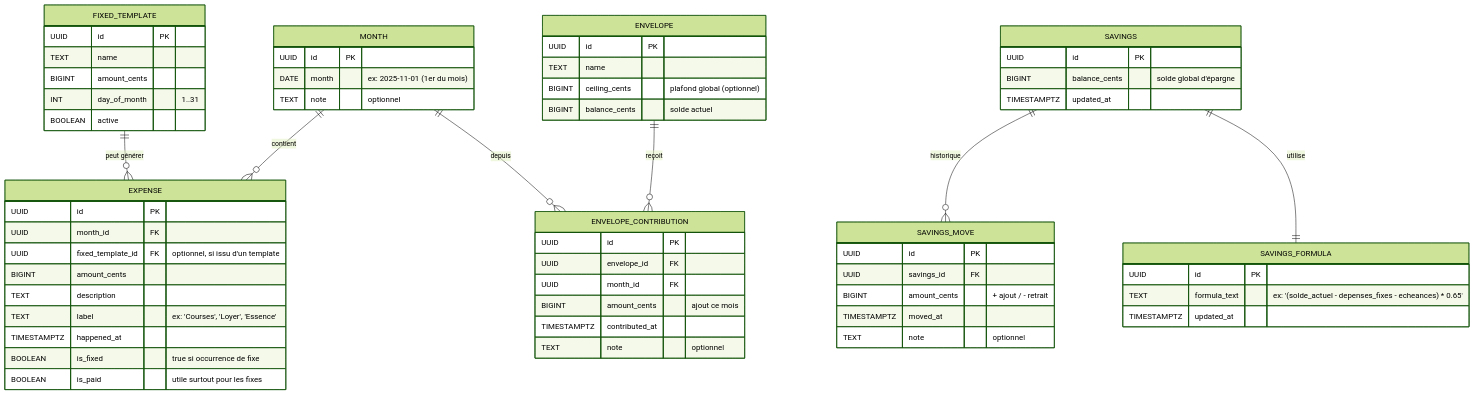
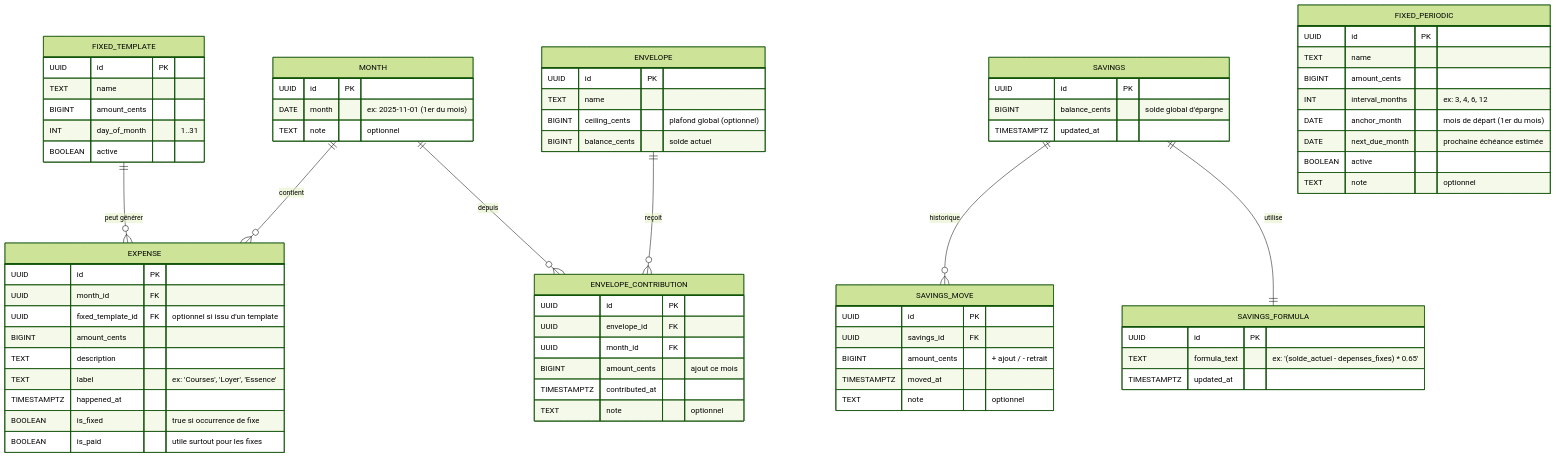
The diagram in .cursor/rules/mermaid.mmd (sabanyilmaz1/budget-app), drawn with Mermaid (forest theme) before and after one commit. The commit also changed 6 other files, not shown here.

```diff
--- a/.cursor/rules/mermaid.mmd
+++ b/.cursor/rules/mermaid.mmd
@@ -1,91 +1,108 @@
 erDiagram
 
-%% =========================
-%% Périodes
-%% =========================
-MONTH {
-UUID id PK
-DATE month "ex: 2025-11-01 (1er du mois)"
-TEXT note "optionnel"
-}
+  %% =========================
+  %% Périodes
+  %% =========================
+  MONTH {
+    UUID id PK
+    DATE month          "ex: 2025-11-01 (1er du mois)"
+    TEXT note           "optionnel"
+  }
 
-%% =========================
-%% Dépenses fixes (modèles) -> EXPENSE (is_fixed=true)
-%% =========================
-FIXED_TEMPLATE {
-UUID id PK
-TEXT name
-BIGINT amount_cents
-INT day_of_month "1..31"
-BOOLEAN active
-}
+  %% =========================
+  %% Dépenses fixes (modèles) -> EXPENSE (is_fixed=true)
+  %% =========================
+  FIXED_TEMPLATE {
+    UUID id PK
+    TEXT name
+    BIGINT amount_cents
+    INT day_of_month     "1..31"
+    BOOLEAN active
+  }
 
-%% =========================
-%% Dépenses (fixes OU variables)
-%% =========================
-EXPENSE {
-UUID id PK
-UUID month_id FK
-UUID fixed_template_id FK "optionnel, si issu d'un template"
-BIGINT amount_cents
-TEXT description
-TEXT label "ex: 'Courses', 'Loyer', 'Essence'"
-TIMESTAMPTZ happened_at
-BOOLEAN is_fixed "true si occurrence de fixe"
-BOOLEAN is_paid "utile surtout pour les fixes"
-}
+  %% =========================
+  %% Dépenses (fixes OU variables)
+  %% =========================
+  EXPENSE {
+    UUID id PK
+    UUID month_id FK
+    UUID fixed_template_id FK "optionnel si issu d'un template"
+    BIGINT amount_cents
+    TEXT description
+    TEXT label            "ex: 'Courses', 'Loyer', 'Essence'"
+    TIMESTAMPTZ happened_at
+    BOOLEAN is_fixed      "true si occurrence de fixe"
+    BOOLEAN is_paid       "utile surtout pour les fixes"
+  }
 
-MONTH ||--o{ EXPENSE : "contient"
-FIXED_TEMPLATE ||--o{ EXPENSE : "peut générer"
+  MONTH ||--o{ EXPENSE : "contient"
+  FIXED_TEMPLATE ||--o{ EXPENSE : "peut générer"
 
-%% =========================
-%% Enveloppes globales + apports mensuels
-%% =========================
-ENVELOPE {
-UUID id PK
-TEXT name
-BIGINT ceiling_cents "plafond global (optionnel)"
-BIGINT balance_cents "solde actuel"
-}
+  %% =========================
+  %% Enveloppes globales + apports mensuels
+  %% =========================
+  ENVELOPE {
+    UUID id PK
+    TEXT name
+    BIGINT ceiling_cents   "plafond global (optionnel)"
+    BIGINT balance_cents   "solde actuel"
+  }
 
-ENVELOPE_CONTRIBUTION {
-UUID id PK
-UUID envelope_id FK
-UUID month_id FK
-BIGINT amount_cents "ajout ce mois"
-TIMESTAMPTZ contributed_at
-TEXT note "optionnel"
-}
+  ENVELOPE_CONTRIBUTION {
+    UUID id PK
+    UUID envelope_id FK
+    UUID month_id FK
+    BIGINT amount_cents     "ajout ce mois"
+    TIMESTAMPTZ contributed_at
+    TEXT note               "optionnel"
+  }
 
-ENVELOPE ||--o{ ENVELOPE_CONTRIBUTION : "reçoit"
-MONTH ||--o{ ENVELOPE_CONTRIBUTION : "depuis"
+  ENVELOPE ||--o{ ENVELOPE_CONTRIBUTION : "reçoit"
+  MONTH ||--o{ ENVELOPE_CONTRIBUTION : "depuis"
 
-%% =========================
-%% Épargne (simple)
-%% =========================
-SAVINGS {
-UUID id PK
-BIGINT balance_cents "solde global d'épargne"
-TIMESTAMPTZ updated_at
-}
+  %% =========================
+  %% Épargne (simple)
+  %% =========================
+  SAVINGS {
+    UUID id PK
+    BIGINT balance_cents   "solde global d'épargne"
+    TIMESTAMPTZ updated_at
+  }
 
-SAVINGS_MOVE {
-UUID id PK
-UUID savings_id FK
-BIGINT amount_cents "+ ajout / - retrait"
-TIMESTAMPTZ moved_at
-TEXT note "optionnel"
-}
+  SAVINGS_MOVE {
+    UUID id PK
+    UUID savings_id FK
+    BIGINT amount_cents    "+ ajout / - retrait"
+    TIMESTAMPTZ moved_at
+    TEXT note              "optionnel"
+  }
 
-SAVINGS ||--o{ SAVINGS_MOVE : "historique"
+  SAVINGS ||--o{ SAVINGS_MOVE : "historique"
 
-%% =========================
-%% Formule d’épargne personnalisée
-%% =========================
-SAVINGS_FORMULA {
-UUID id PK
-TEXT formula_text "ex: '(solde_actuel - depenses_fixes - echeances) \* 0.65'"
-TIMESTAMPTZ updated_at
-}
+  %% =========================
+  %% Formule d’épargne personnalisée
+  %% =========================
+  SAVINGS_FORMULA {
+    UUID id PK
+    TEXT formula_text      "ex: '(solde_actuel - depenses_fixes) * 0.65'"
+    TIMESTAMPTZ updated_at
+  }
 
-SAVINGS ||--|| SAVINGS_FORMULA : "utilise"
+  SAVINGS ||--|| SAVINGS_FORMULA : "utilise"
+
+  %% =========================
+  %% Dépenses périodiques (rappel uniquement)
+  %% =========================
+  FIXED_PERIODIC {
+    UUID id PK
+    TEXT name
+    BIGINT amount_cents
+    INT interval_months     "ex: 3, 4, 6, 12"
+    DATE anchor_month       "mois de départ (1er du mois)"
+    DATE next_due_month     "prochaine échéance estimée"
+    BOOLEAN active
+    TEXT note               "optionnel"
+  }
+
+  %% Remarque : FIXED_PERIODIC est volontairement SANS lien vers les autres tables.
+  %% Il sert uniquement de registre de rappels (aucune création auto dans EXPENSE).
```
